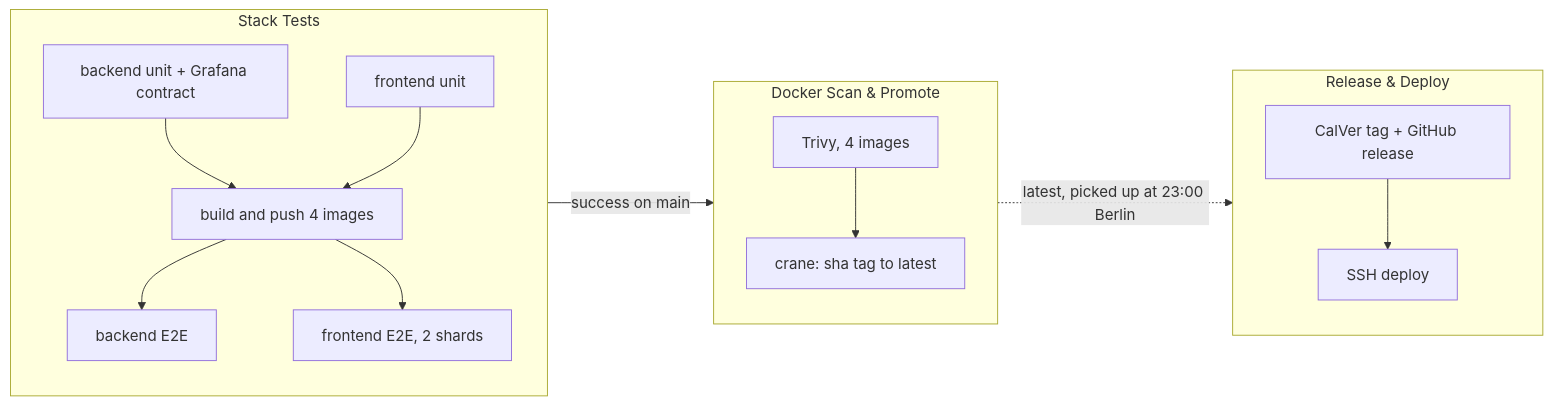
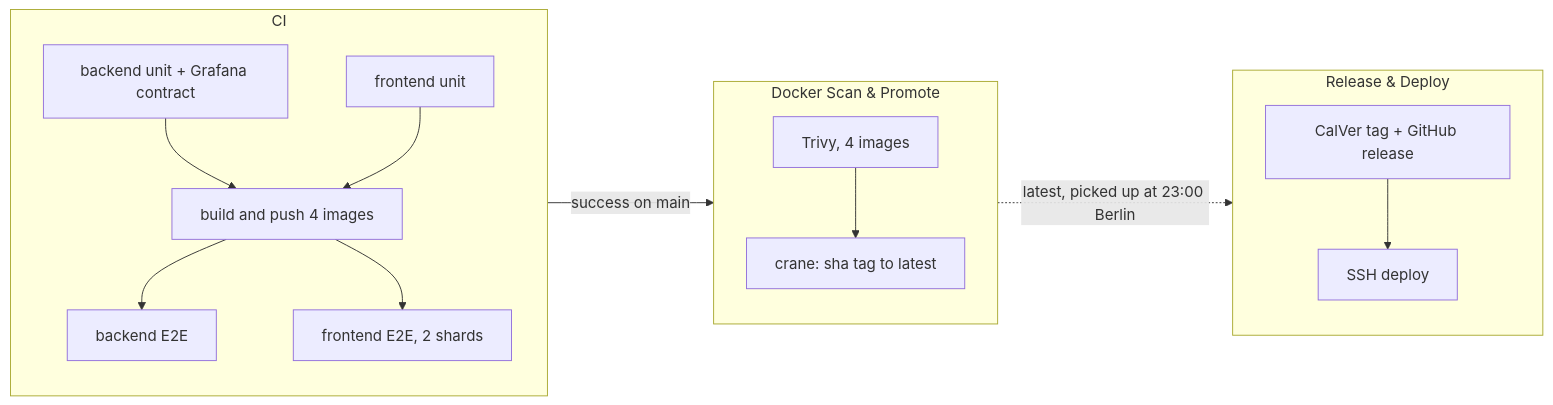
The diagram in docs/operations/cicd.md (HardMax71/Integr8sCode), drawn with Mermaid before and after one commit. The commit also changed other lines of this file and 16 other files, not shown here.

````diff
--- a/docs/operations/cicd.md
+++ b/docs/operations/cicd.md
@@ -5,17 +5,17 @@
 ```mermaid
 graph LR
-    subgraph ST["Stack Tests"]
+    subgraph ST["CI"]
         UB["backend unit + Grafana contract"] --> Build["build and push 4 images"]
         UF["frontend unit"] --> Build
         Build --> EB["backend E2E"]
         Build --> EF["frontend E2E, 2 shards"]
     end
     subgraph DSP["Docker Scan & Promote"]
         Scan["Trivy, 4 images"] --> Promote["crane: sha tag to latest"]
     end
     subgraph RD["Release & Deploy"]
         Release["CalVer tag + GitHub release"] --> Deploy["SSH deploy"]
     end
     ST -->|"success on main"| DSP
     DSP -.->|"latest, picked up at 23:00 Berlin"| RD
 ```
````
